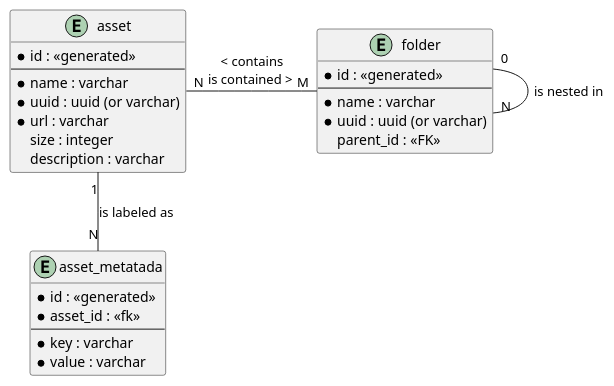
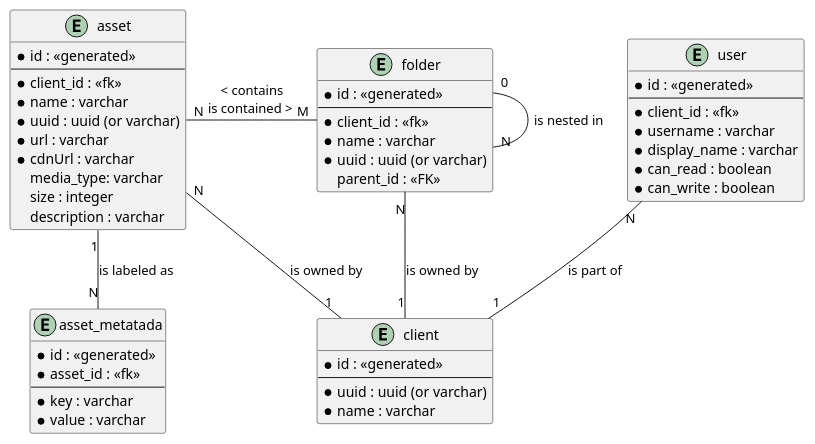
One commit to civitz/example-assignment changed the diagram in exercise2/entities.puml. Above: the diagram before and after it, drawn with PlantUML. The commit also changed 2 other files, not shown here.

Commit message:
Ex2: Updated architecture and design choices

```diff
--- a/exercise2/entities.puml
+++ b/exercise2/entities.puml
@@ -1,36 +1,57 @@
 @startuml
-
-
 
 entity asset {
     * id : <<generated>>
     ---
+    * client_id : <<fk>>
     * name : varchar
     * uuid : uuid (or varchar)
     * url : varchar
+    * cdnUrl : varchar
+    media_type: varchar
     size : integer
     description : varchar
 }
 
 entity folder {
     * id : <<generated>>
     ---
+    * client_id : <<fk>>
     * name : varchar
     * uuid : uuid (or varchar)
     parent_id : <<FK>>
 }
-
 
 entity asset_metatada {
     * id : <<generated>>
     * asset_id : <<fk>>
     ---
     * key : varchar
     * value : varchar
 }
 
+entity client {
+    * id : <<generated>>
+    ---
+    * uuid : uuid (or varchar)
+    * name : varchar
+}
+
+entity user {
+    * id : <<generated>>
+    ---
+    * client_id : <<fk>>
+    * username : varchar
+    * display_name : varchar
+    * can_read : boolean
+    * can_write : boolean
+}
+
 folder "0"--"N" folder : is nested in 
 asset "N"-right-"M" folder : " < contains \n is contained >  "
 asset "1"--"N" asset_metatada : is labeled as
+user "N"--"1" client : is part of
+asset "N"--"1" client : is owned by
+folder "N"--"1" client : is owned by
 
 @enduml
```
